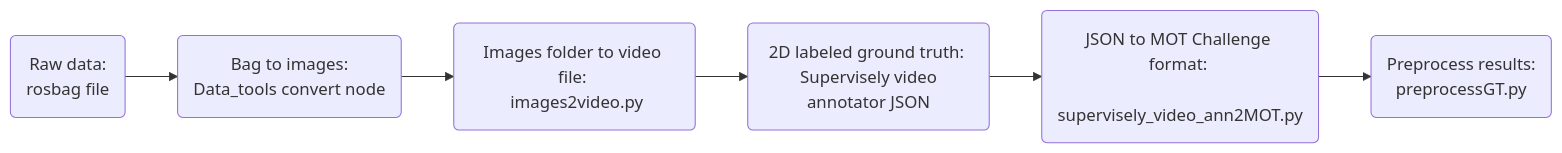
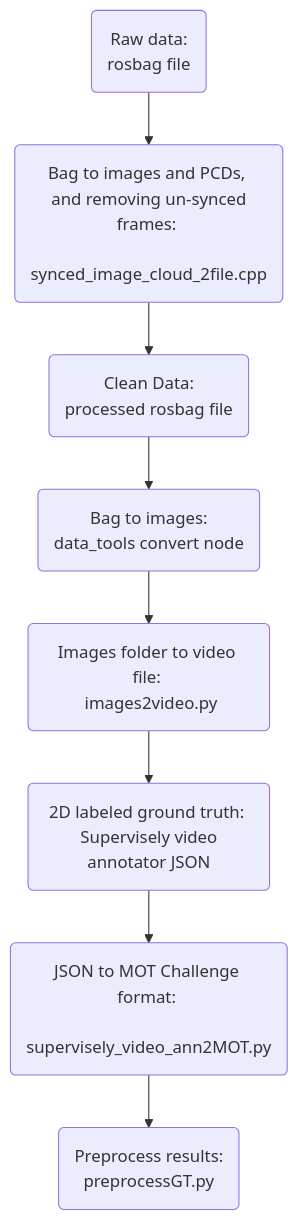
Before and after one commit to adrian-soch/cam_lidar_framework: the first of 2 diagrams in Metrics/README.md, drawn with Mermaid. The commit also changed other lines of this file and 1 other file, not shown here.

````diff
--- a/Metrics/README.md
+++ b/Metrics/README.md
@@ -12,8 +14,11 @@
 ```mermaid
-graph LR;
-    RawData(Raw data: \n rosbag file)-->Trans(Bag to images: \n Data_tools convert node);
+graph TD;
+    RawData(Raw data: \n rosbag file)-->Clean(Bag to images and PCDs, \n and removing un-synced frames: \n synced_image_cloud_2file.cpp);
+    Clean-->Bag(Convert images + PCDs to clean bag: \n synced_file2image_cloud_msgs.cpp);
+
+    Bag(Clean Data: \n processed rosbag file)-->Trans(Bag to images: \n data_tools convert node);
     Trans-->Video(Images folder to video file: \n images2video.py);
     Video-->GroundTruth(2D labeled ground truth: \n Supervisely video annotator JSON);
     GroundTruth-->MOTChallenge(JSON to MOT Challenge format: \n supervisely_video_ann2MOT.py);
     MOTChallenge-->Processed(Preprocess results: \n preprocessGT.py);
 ```
````
